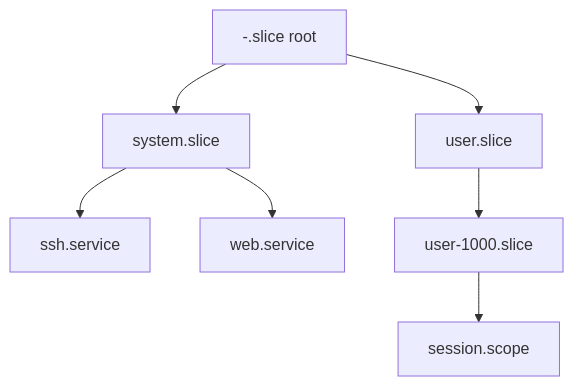
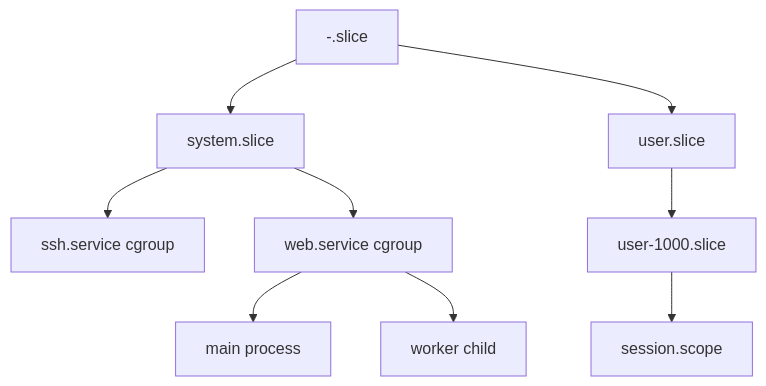
One commit to mj006648/netai-devsecops-runbook changed the third of 3 diagrams in learning/ubuntu-linux-internals/01-boot-packages-and-systemd.md. Above: the diagram before and after it, drawn with Mermaid. The commit also changed other lines of this file and 165 other files, not shown here.

````diff
--- a/learning/ubuntu-linux-internals/01-boot-packages-and-systemd.md
+++ b/learning/ubuntu-linux-internals/01-boot-packages-and-systemd.md
@@ -59,9 +107,11 @@
 ```mermaid
 flowchart TD
-    ROOT[-.slice root] --> SYS[system.slice]
+    ROOT[-.slice] --> SYS[system.slice]
     ROOT --> USER[user.slice]
-    SYS --> SSH[ssh.service]
-    SYS --> WEB[web.service]
+    SYS --> SSH[ssh.service cgroup]
+    SYS --> WEB[web.service cgroup]
     USER --> U1000[user-1000.slice]
     U1000 --> SESSION[session.scope]
+    WEB --> P1[main process]
+    WEB --> P2[worker child]
 ```
````
